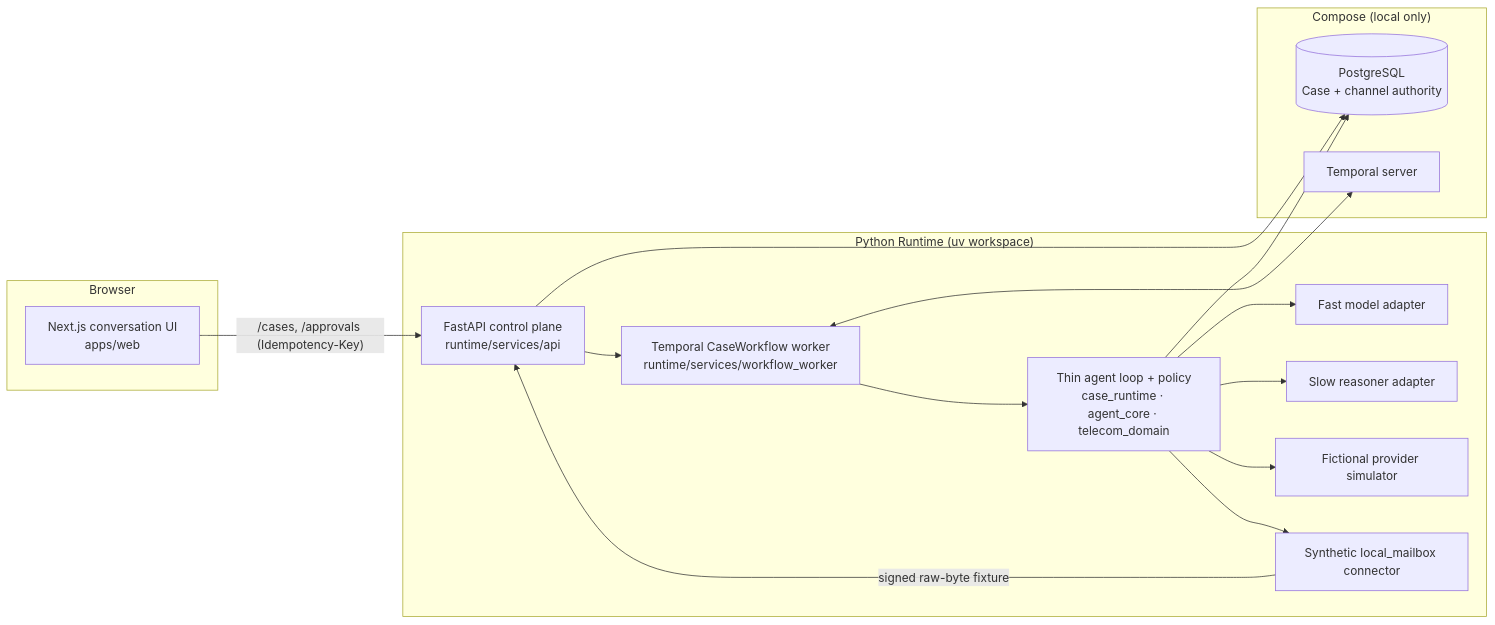
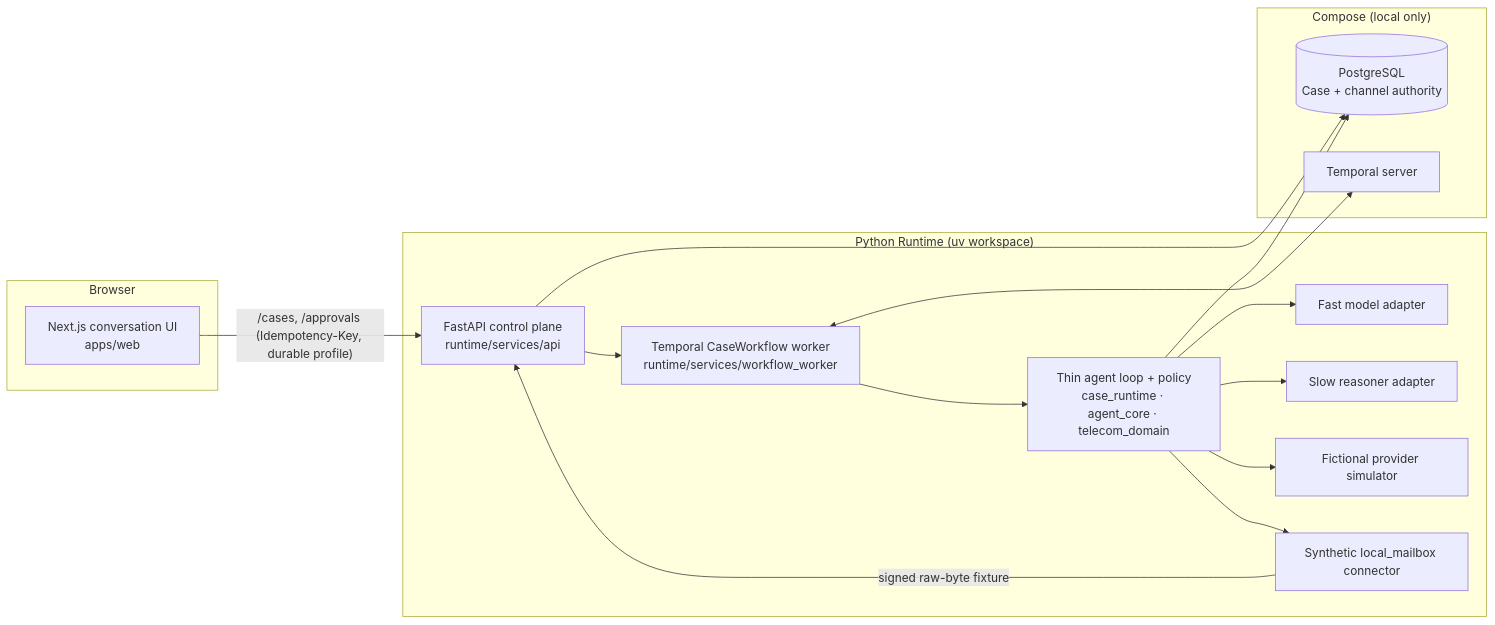
The diagram in README.md (SimondXu/ProxyLoop), drawn with Mermaid before and after one commit. The commit also changed other lines of this file and 14 other files, not shown here.

````diff
--- a/README.md
+++ b/README.md
@@ -48,30 +49,30 @@
 ```mermaid
 flowchart LR
     subgraph Browser
         WEB[Next.js conversation UI<br/>apps/web]
     end
     subgraph Runtime["Python Runtime (uv workspace)"]
         API[FastAPI control plane<br/>runtime/services/api]
         WF[Temporal CaseWorkflow worker<br/>runtime/services/workflow_worker]
         CORE[Thin agent loop + policy<br/>case_runtime · agent_core · telecom_domain]
         FAST[Fast model adapter]
         SLOW[Slow reasoner adapter]
         SIM[Fictional provider simulator]
         MAIL[Synthetic local_mailbox connector]
     end
     subgraph Infra["Compose (local only)"]
         PG[(PostgreSQL<br/>Case + channel authority)]
         TEMP[Temporal server]
     end
-    WEB -- "/cases, /approvals (Idempotency-Key)" --> API
+    WEB -- "/cases, /approvals (Idempotency-Key, durable profile)" --> API
     API --> WF
     WF <--> TEMP
     WF --> CORE
     CORE --> FAST
     CORE --> SLOW
     CORE --> SIM
     CORE --> MAIL
     API --> PG
     CORE --> PG
     MAIL -- "signed raw-byte fixture" --> API
 ```
````
